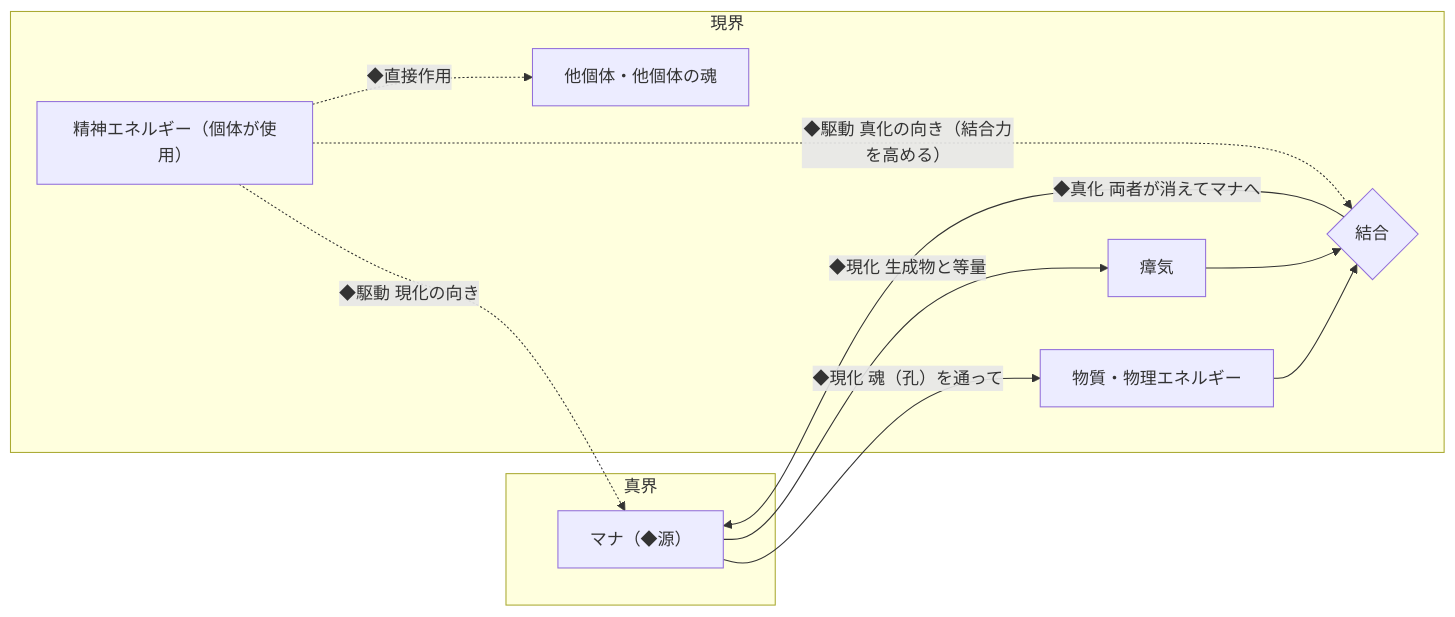
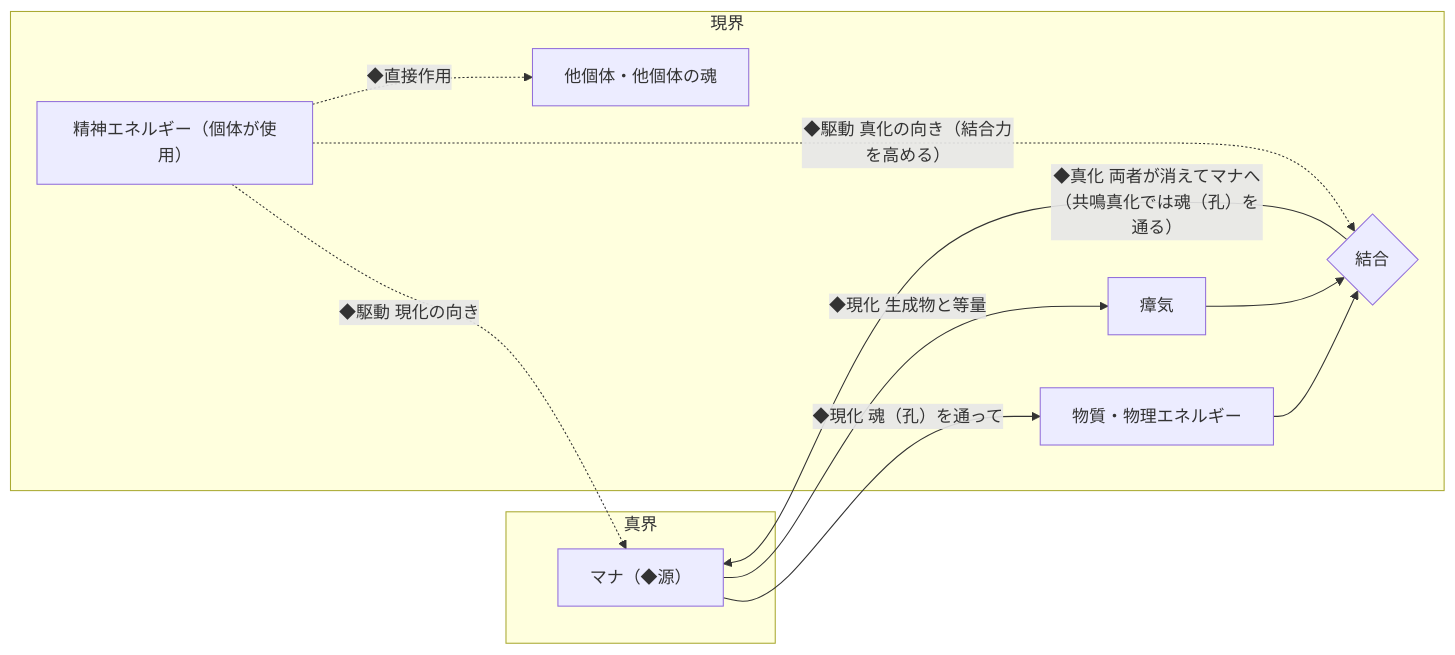
Before and after one commit to nnnstett/WorldMaterial_Mana: the diagram in world/README.md, drawn with Mermaid. The commit also changed other lines of this file and 7 other files, not shown here.

````diff
--- a/world/README.md
+++ b/world/README.md
@@ -23,21 +23,21 @@
 ```mermaid
 flowchart LR
   subgraph S["真界"]
     M["マナ（◆源）"]
   end
   subgraph G["現界"]
     P["物質・物理エネルギー"]
     Z["瘴気"]
     B{"結合"}
     E["精神エネルギー（個体が使用）"]
     O["他個体・他個体の魂"]
   end
   M -->|"◆現化 魂（孔）を通って"| P
   M -->|"◆現化 生成物と等量"| Z
   P --> B
   Z --> B
-  B -->|"◆真化 両者が消えてマナへ"| M
+  B -->|"◆真化 両者が消えてマナへ（共鳴真化では魂（孔）を通る）"| M
   E -.->|"◆駆動 現化の向き"| M
   E -.->|"◆駆動 真化の向き（結合力を高める）"| B
   E -.->|"◆直接作用"| O
 ```
````
